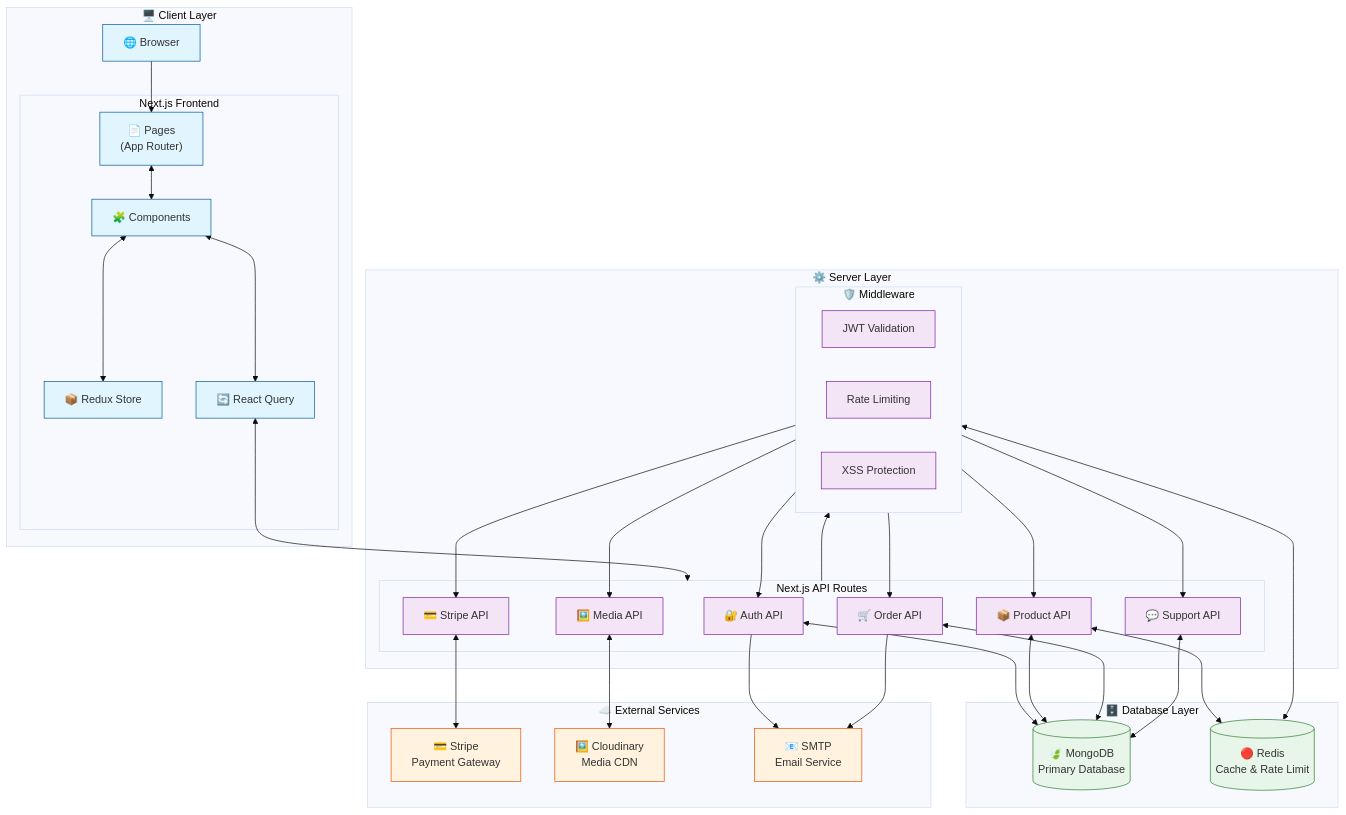
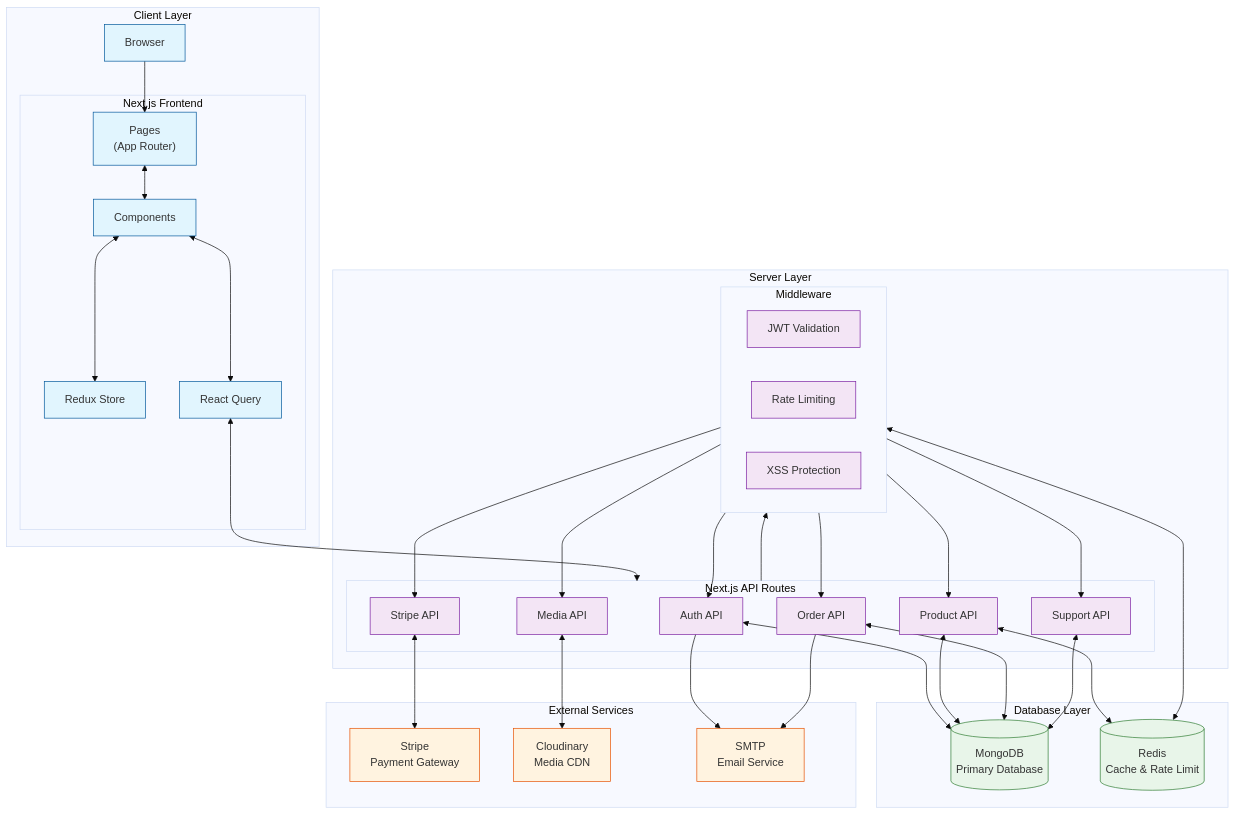
One commit to CodeCommandBD/MERN_E-COM changed the second of 4 diagrams in README.md. Above: the diagram before and after it, drawn with Mermaid (base theme). The commit also changed other lines of this file, not shown here.

````diff
--- a/README.md
+++ b/README.md
@@ -217,41 +217,41 @@
 ```mermaid
 flowchart TB
-    subgraph CLIENT["🖥️ Client Layer"]
-        BROWSER["🌐 Browser"]
+    subgraph CLIENT[" Client Layer"]
+        BROWSER[" Browser"]
         subgraph FRONTEND["Next.js Frontend"]
-            PAGES["📄 Pages<br/>(App Router)"]
-            COMPONENTS["🧩 Components"]
-            REDUX["📦 Redux Store"]
-            QUERY["🔄 React Query"]
+            PAGES[" Pages<br/>(App Router)"]
+            COMPONENTS[" Components"]
+            REDUX[" Redux Store"]
+            QUERY[" React Query"]
         end
     end
     
-    subgraph SERVER["⚙️ Server Layer"]
+    subgraph SERVER[" Server Layer"]
         subgraph API["Next.js API Routes"]
-            AUTH_API["🔐 Auth API"]
-            PRODUCT_API["📦 Product API"]
-            ORDER_API["🛒 Order API"]
-            PAYMENT_API["💳 Stripe API"]
-            MEDIA_API["🖼️ Media API"]
-            SUPPORT_API["💬 Support API"]
+            AUTH_API[" Auth API"]
+            PRODUCT_API[" Product API"]
+            ORDER_API[" Order API"]
+            PAYMENT_API[" Stripe API"]
+            MEDIA_API[" Media API"]
+            SUPPORT_API[" Support API"]
         end
         
-        subgraph MIDDLEWARE["🛡️ Middleware"]
+        subgraph MIDDLEWARE[" Middleware"]
             JWT_AUTH["JWT Validation"]
             RATE_LIMIT["Rate Limiting"]
             XSS_FILTER["XSS Protection"]
         end
     end
     
-    subgraph EXTERNAL["☁️ External Services"]
-        STRIPE["💳 Stripe<br/>Payment Gateway"]
-        CLOUDINARY["🖼️ Cloudinary<br/>Media CDN"]
-        SMTP["📧 SMTP<br/>Email Service"]
+    subgraph EXTERNAL[" External Services"]
+        STRIPE[" Stripe<br/>Payment Gateway"]
+        CLOUDINARY[" Cloudinary<br/>Media CDN"]
+        SMTP[" SMTP<br/>Email Service"]
     end
     
-    subgraph DATABASE["🗄️ Database Layer"]
-        MONGODB[("🍃 MongoDB<br/>Primary Database")]
-        REDIS[("🔴 Redis<br/>Cache & Rate Limit")]
+    subgraph DATABASE[" Database Layer"]
+        MONGODB[(" MongoDB<br/>Primary Database")]
+        REDIS[(" Redis<br/>Cache & Rate Limit")]
     end
     
     %% Client to Server Flow
````
